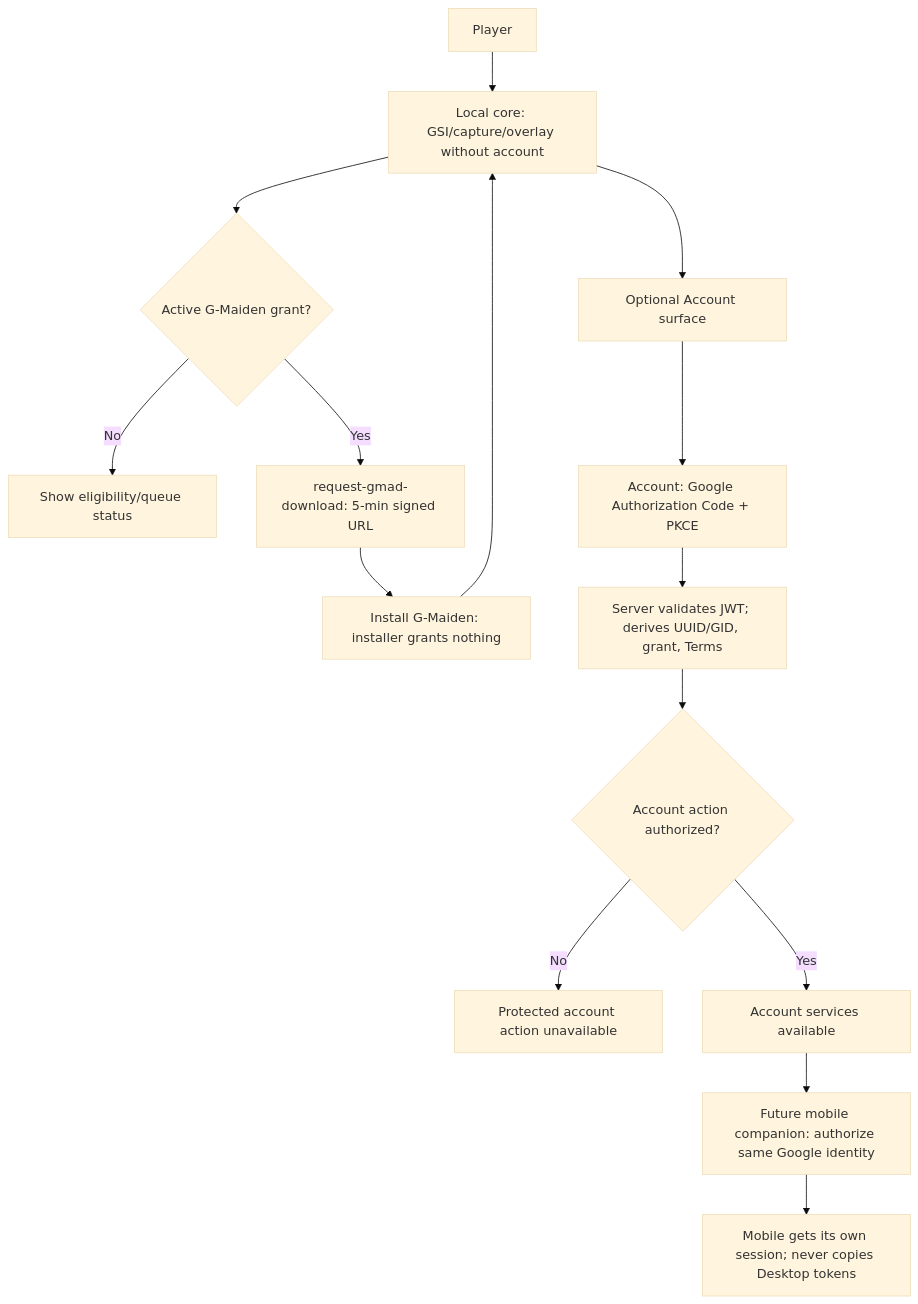
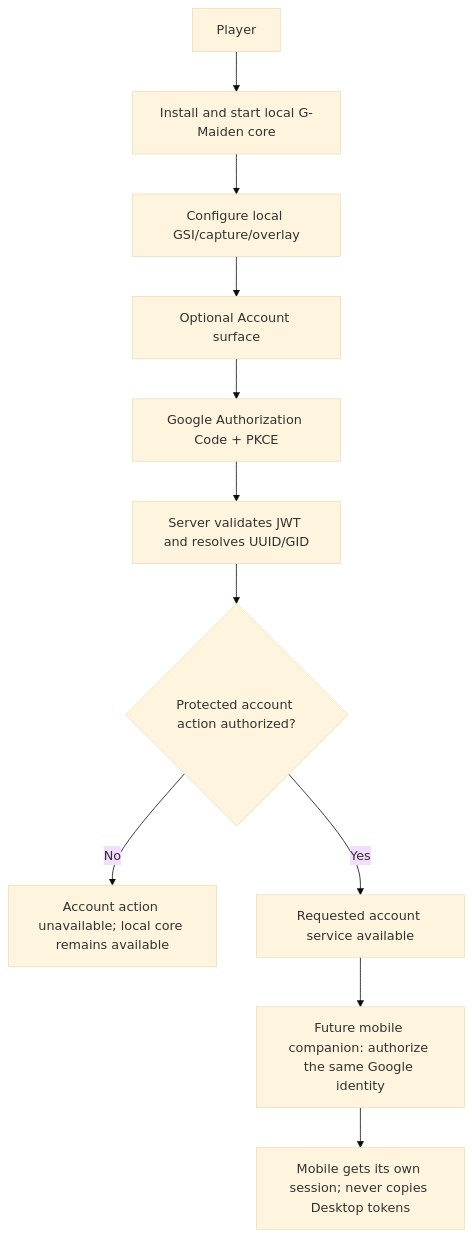
Before and after one commit to Freshair129/G-Maiden: the first of 4 diagrams in docs/architecture/oauth-jwt-client-authorization-flows.md, drawn with Mermaid (base theme). The commit also changed other lines of this file and 132 other files, not shown here.

First line of the commit message:
fix(gmad): remove cancelled beta distribution flows

````diff
--- a/docs/architecture/oauth-jwt-client-authorization-flows.md
+++ b/docs/architecture/oauth-jwt-client-authorization-flows.md
@@ -60,17 +58,13 @@
 ```mermaid
 flowchart TD
-  U["Player"] --> L["Landing: Google OAuth + current Terms"]
-  L --> E{"Active G-Maiden grant?"}
-  E -- "No" --> Q["Show eligibility/queue status"]
-  E -- "Yes" --> D["request-gmad-download: 5-min signed URL"]
-  D --> I["Install G-Maiden: installer grants nothing"]
-  I --> L["Local core: GSI/capture/overlay without account"]
+  U["Player"] --> I["Install and start local G-Maiden core"]
+  I --> L["Configure local GSI/capture/overlay"]
   L --> X["Optional Account surface"]
-  X --> A["Account: Google Authorization Code + PKCE"]
-  A --> V["Server validates JWT; derives UUID/GID, grant, Terms"]
-  V --> R{"Account action authorized?"}
-  R -- "No" --> F["Protected account action unavailable"]
-  R -- "Yes" --> S["Account services available"]
-  S --> M["Future mobile companion: authorize same Google identity"]
+  X --> A["Google Authorization Code + PKCE"]
+  A --> V["Server validates JWT and resolves UUID/GID"]
+  V --> R{"Protected account action authorized?"}
+  R -- "No" --> F["Account action unavailable; local core remains available"]
+  R -- "Yes" --> S["Requested account service available"]
+  S --> M["Future mobile companion: authorize the same Google identity"]
   M --> P["Mobile gets its own session; never copies Desktop tokens"]
 ```
````
